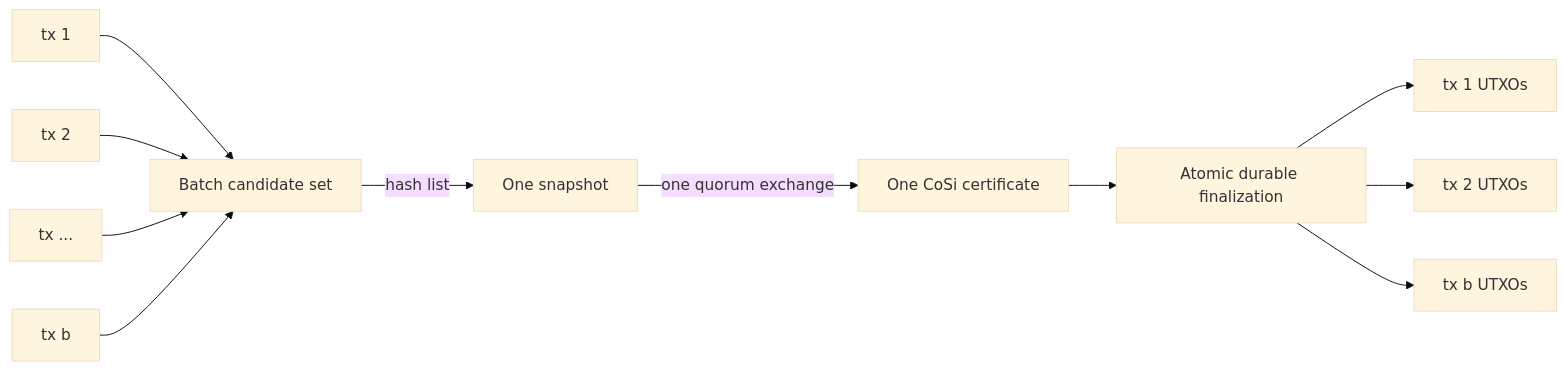
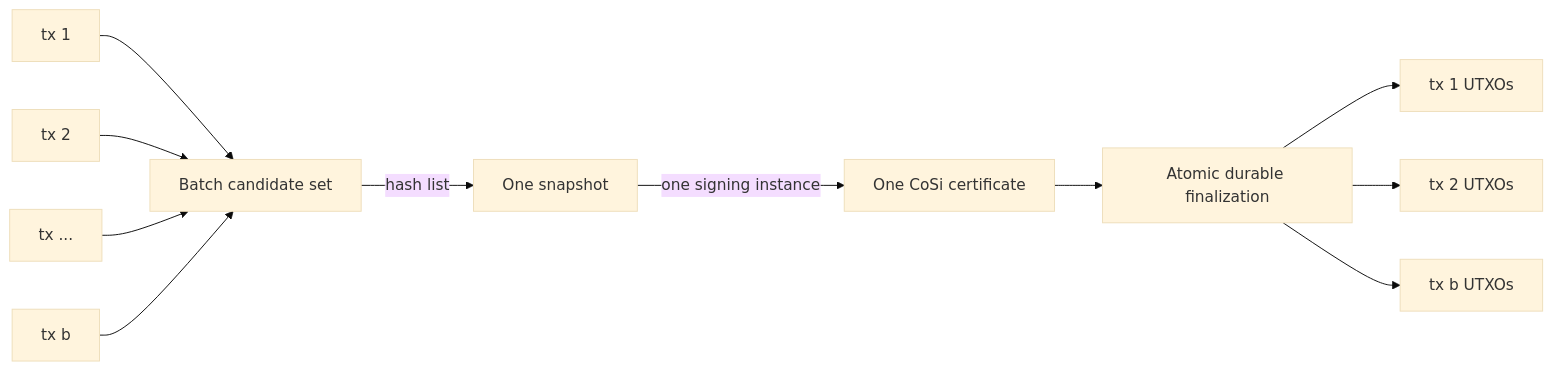
Before and after one commit to MixinNetwork/mixin: the sixth of 6 diagrams in doc/mixin-kernel-technical-paper.md, drawn with Mermaid (base theme). The commit also changed other lines of this file and 1 other file, not shown here.

````diff
--- a/doc/mixin-kernel-technical-paper.md
+++ b/doc/mixin-kernel-technical-paper.md
@@ -483,13 +511,13 @@
 ```mermaid
 flowchart LR
     T1[tx 1] --> B[Batch candidate set]
     T2[tx 2] --> B
     T3[tx ...] --> B
     TN[tx b] --> B
     B -->|hash list| S[One snapshot]
-    S -->|one quorum exchange| Q[One CoSi certificate]
+    S -->|one signing instance| Q[One CoSi certificate]
     Q --> F[Atomic durable finalization]
     F --> O1[tx 1 UTXOs]
     F --> O2[tx 2 UTXOs]
     F --> ON[tx b UTXOs]
 ```
````
